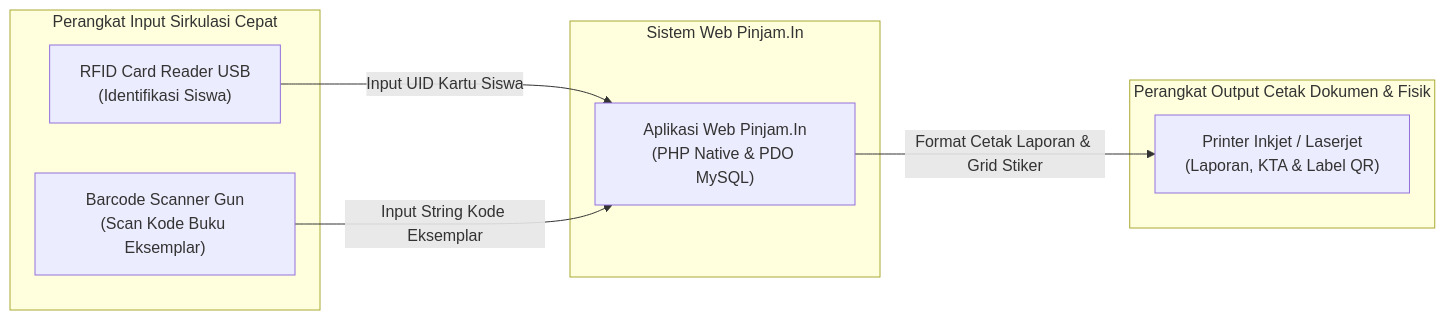
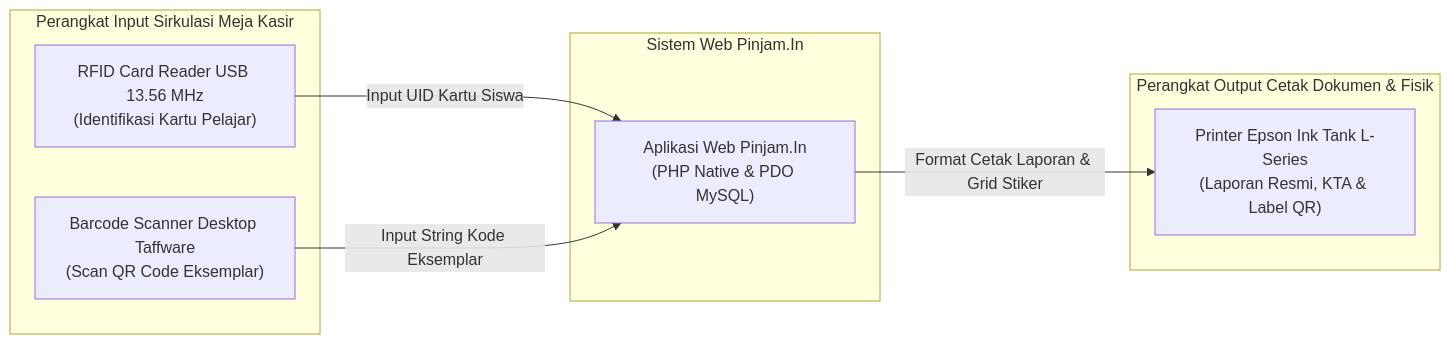
Before and after one commit to FaridLabs/ukk2026_perpustakaan_farid: the fifth of 5 diagrams in LAPORAN_UKK_RPL_2026.md, drawn with Mermaid. The commit also changed other lines of this file and 4 other files, not shown here.

Commit message:
docs: pasang foto alat asli lab rpl (taffware qr scanner, rfid reader kartu pelajar, epson printer), kembalikan footer semula, dan hilangkan nomor halaman pada baris daftar isi

````diff
--- a/LAPORAN_UKK_RPL_2026.md
+++ b/LAPORAN_UKK_RPL_2026.md
@@ -632,19 +632,19 @@
 ```mermaid
 flowchart LR
-    subgraph Input_Sirkulasi["Perangkat Input Sirkulasi Cepat"]
-        RFID["RFID Card Reader USB<br/>(Identifikasi Siswa)"]
-        Barcode["Barcode Scanner Gun<br/>(Scan Kode Buku Eksemplar)"]
+    subgraph Input_Sirkulasi["Perangkat Input Sirkulasi Meja Kasir"]
+        RFID["RFID Card Reader USB 13.56 MHz<br/>(Identifikasi Kartu Pelajar)"]
+        Barcode["Barcode Scanner Desktop Taffware<br/>(Scan QR Code Eksemplar)"]
     end
 
     subgraph Server_Aplikasi["Sistem Web Pinjam.In"]
         App["Aplikasi Web Pinjam.In<br/>(PHP Native & PDO MySQL)"]
     end
 
     subgraph Output_Cetak["Perangkat Output Cetak Dokumen & Fisik"]
-        Printer["Printer Inkjet / Laserjet<br/>(Laporan, KTA & Label QR)"]
+        Printer["Printer Epson Ink Tank L-Series<br/>(Laporan Resmi, KTA & Label QR)"]
     end
 
     RFID -->|Input UID Kartu Siswa| App
     Barcode -->|Input String Kode Eksemplar| App
     App -->|Format Cetak Laporan & Grid Stiker| Printer
 ```
````
